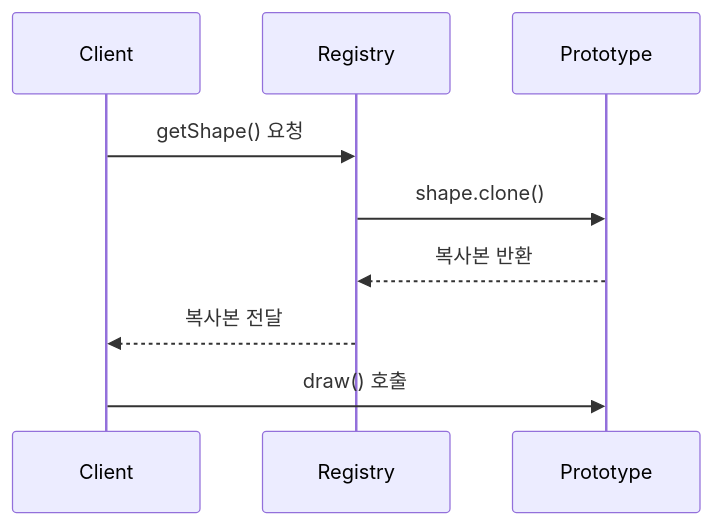
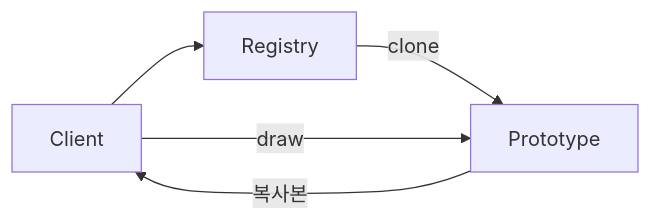
One commit to yjkim2015/yjkim2015.github.io changed the second of 2 diagrams in _posts/designPattern/2022-01-14-Prototype Pattern.md. Above: the diagram before and after it, drawn with Mermaid. The commit also changed 163 other files, not shown here.

First line of the commit message:
Mermaid 300개 블록 내용 축소: 5노드 5엣지 이하, 의미 있는 약어

````diff
--- a/_posts/designPattern/2022-01-14-Prototype Pattern.md
+++ b/_posts/designPattern/2022-01-14-Prototype Pattern.md
@@ -255,11 +255,7 @@
 ```mermaid
-sequenceDiagram
-    participant C as Client
-    participant R as Registry
-    participant P as Prototype
-    C->>R: getShape() 요청
-    R->>P: shape.clone()
-    P-->>R: 복사본 반환
-    R-->>C: 복사본 전달
-    C->>P: draw() 호출
+graph LR
+    C["Client"] --> R["Registry"]
+    R -->|"clone"| P["Prototype"]
+    P -->|"복사본"| C
+    C -->|"draw"| P
 ```
````
